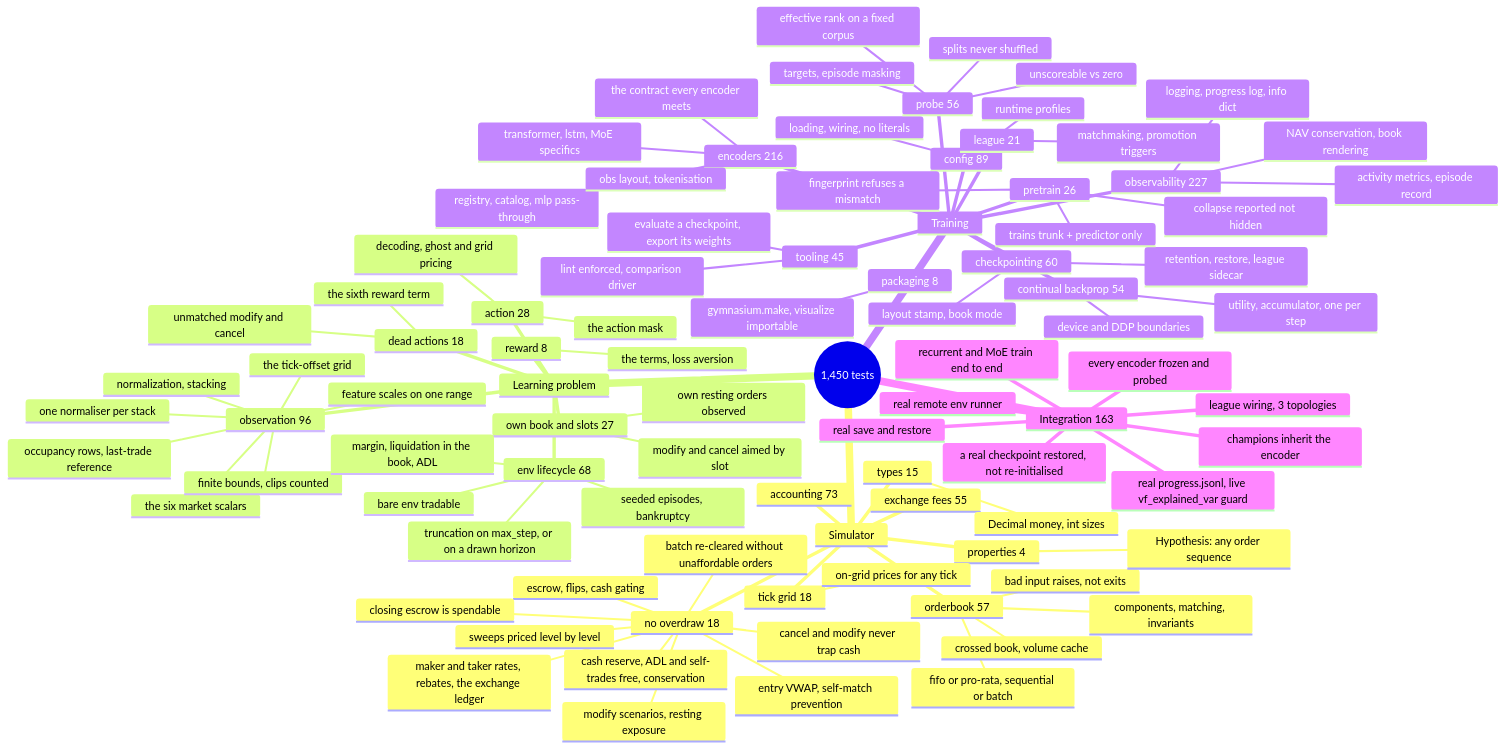
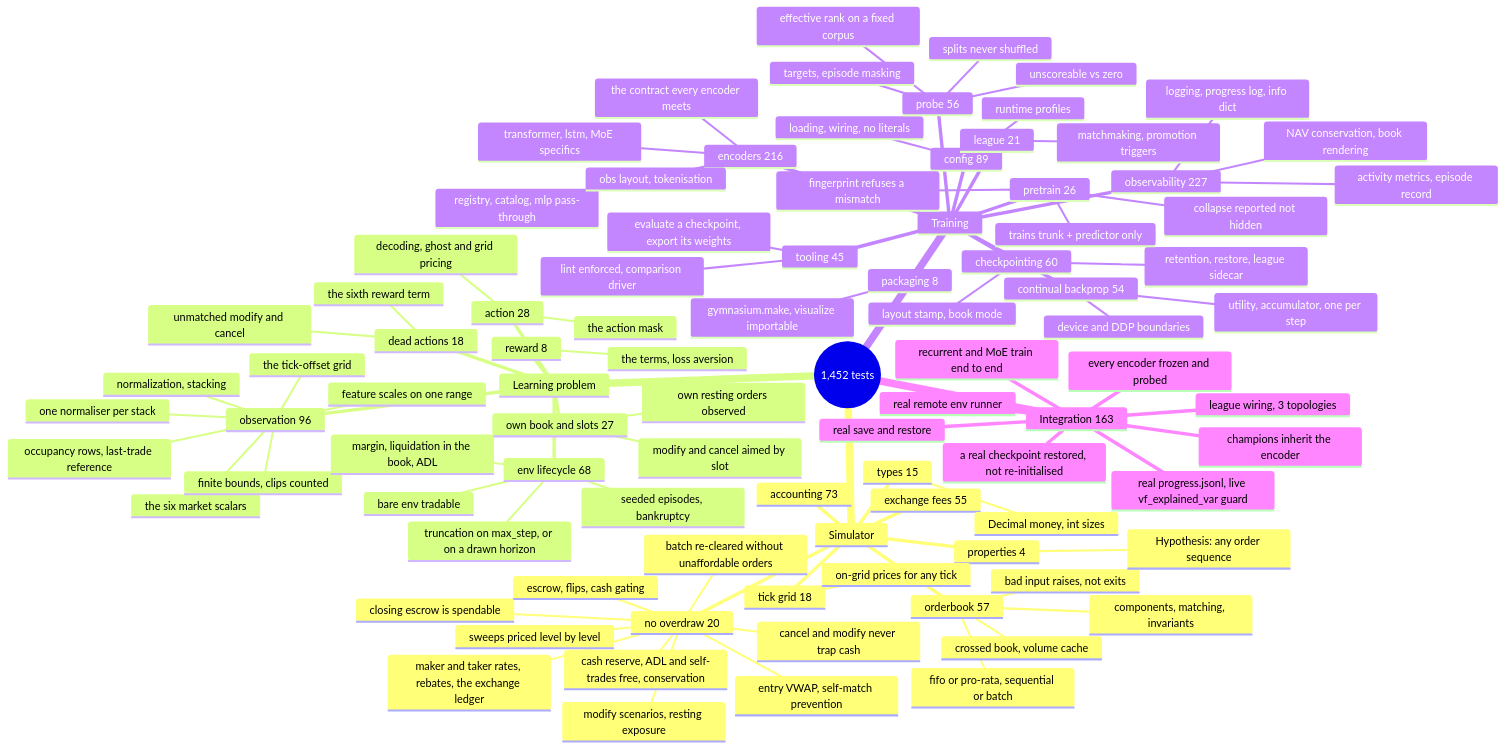
One commit to ChuaCheowHuan/gym-continuousDoubleAuction changed the diagram in doc/10_testing.md. Above: the diagram before and after it, drawn with Mermaid. The commit also changed other lines of this file and 7 other files, not shown here.

````diff
--- a/doc/10_testing.md
+++ b/doc/10_testing.md
@@ -144,6 +144,6 @@
 ```mermaid
 mindmap
-  root((1,450 tests))
+  root((1,452 tests))
     Simulator
       orderbook 57
         components, matching, invariants
@@ -154,7 +154,7 @@
         Hypothesis: any order sequence
       accounting 73
       exchange fees 55
-      no overdraw 18
+      no overdraw 20
         sweeps priced level by level
         batch re-cleared without unaffordable orders
         maker and taker rates, rebates, the exchange ledger
````
